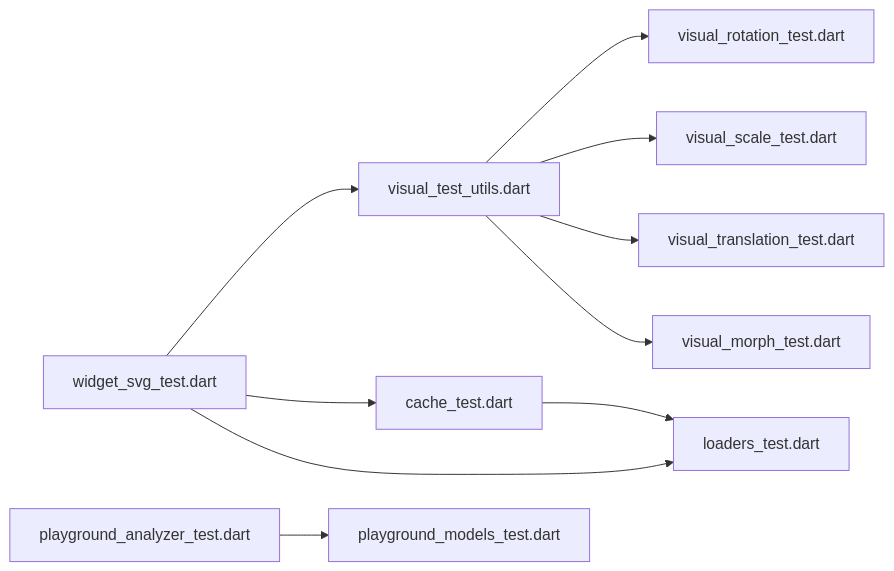
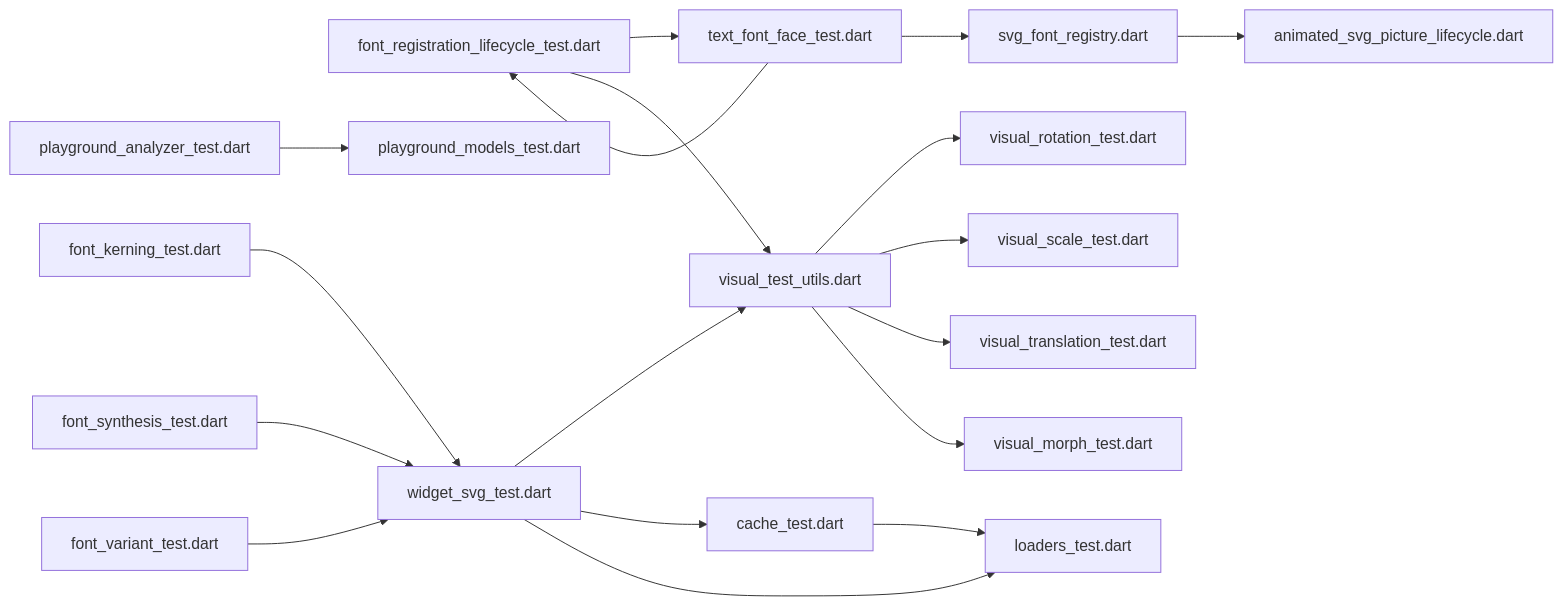
One commit to denisnadey/flutter_full_svg_support changed the ninth of 9 diagrams in .qoder/repowiki/en/content/Testing Suite Updates.md. Above: the diagram before and after it, drawn with Mermaid. The commit also changed other lines of this file and 23 other files, not shown here.

First line of the commit message:
feat(font): implement comprehensive SVG font registry and lifecycle integration

````diff
--- a/.qoder/repowiki/en/content/Testing Suite Updates.md
+++ b/.qoder/repowiki/en/content/Testing Suite Updates.md
@@ -332,12 +481,20 @@
 ```mermaid
 graph LR
 VU["visual_test_utils.dart"] --> VR["visual_rotation_test.dart"]
 VU --> VS["visual_scale_test.dart"]
 VU --> VT["visual_translation_test.dart"]
 VU --> VM["visual_morph_test.dart"]
+FRL["font_registration_lifecycle_test.dart"] --> TF["text_font_face_test.dart"]
+FRL --> VU
+TF --> FRL
+TF --> FR["svg_font_registry.dart"]
+FR --> AF["animated_svg_picture_lifecycle.dart"]
 CT["cache_test.dart"] --> LT["loaders_test.dart"]
 PA["playground_analyzer_test.dart"] --> PM["playground_models_test.dart"]
 WS["widget_svg_test.dart"] --> VU
 WS --> CT
 WS --> LT
+FK["font_kerning_test.dart"] --> WS
+FS["font_synthesis_test.dart"] --> WS
+FV["font_variant_test.dart"] --> WS
 ```
````
